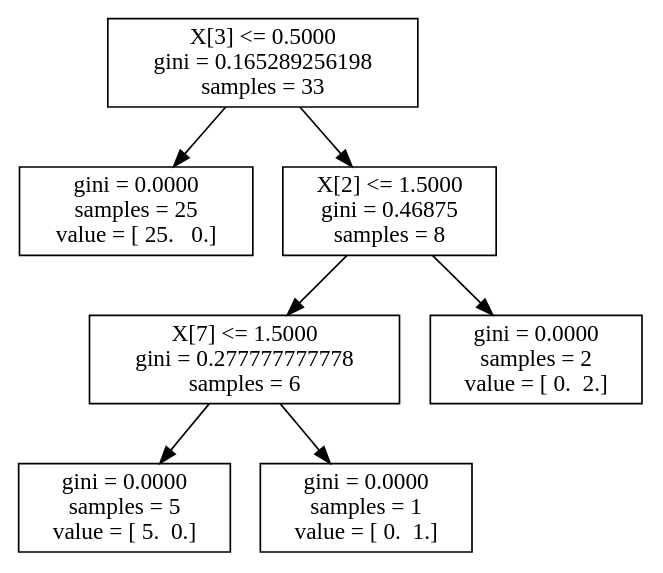
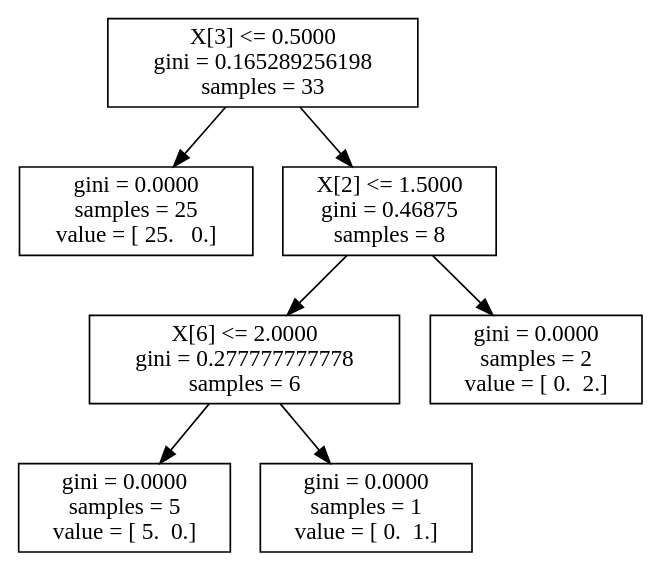
The diagram in neurosurgery_trees/preLANG.dot (akeshavan/myscripts), drawn with Graphviz before and after one commit. The commit also changed 24 other files, not shown here.

```diff
--- a/neurosurgery_trees/preLANG.dot
+++ b/neurosurgery_trees/preLANG.dot
@@ -1,15 +1,15 @@
 digraph Tree {
 0 [label="X[3] <= 0.5000\ngini = 0.165289256198\nsamples = 33", shape="box"] ;
 1 [label="gini = 0.0000\nsamples = 25\nvalue = [ 25.   0.]", shape="box"] ;
 0 -> 1 ;
 2 [label="X[2] <= 1.5000\ngini = 0.46875\nsamples = 8", shape="box"] ;
 0 -> 2 ;
-3 [label="X[7] <= 1.5000\ngini = 0.277777777778\nsamples = 6", shape="box"] ;
+3 [label="X[6] <= 2.0000\ngini = 0.277777777778\nsamples = 6", shape="box"] ;
 2 -> 3 ;
 4 [label="gini = 0.0000\nsamples = 5\nvalue = [ 5.  0.]", shape="box"] ;
 3 -> 4 ;
 5 [label="gini = 0.0000\nsamples = 1\nvalue = [ 0.  1.]", shape="box"] ;
 3 -> 5 ;
 6 [label="gini = 0.0000\nsamples = 2\nvalue = [ 0.  2.]", shape="box"] ;
 2 -> 6 ;
 }
```
